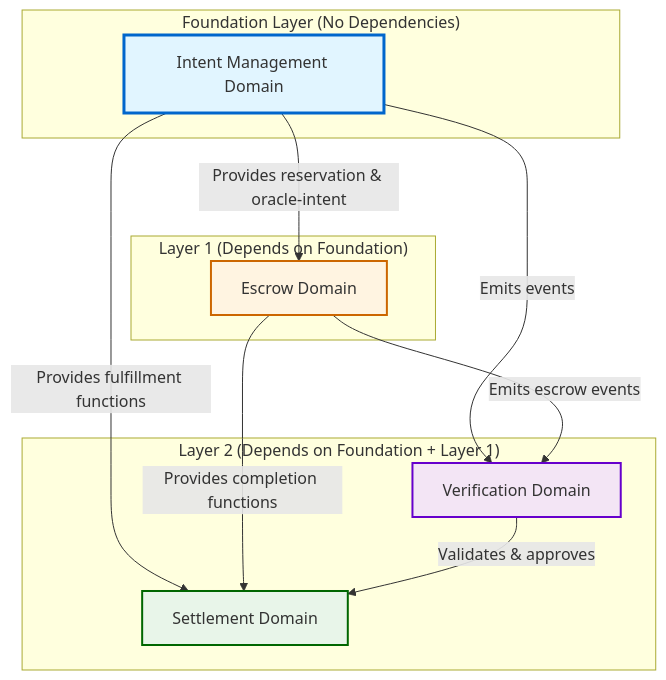
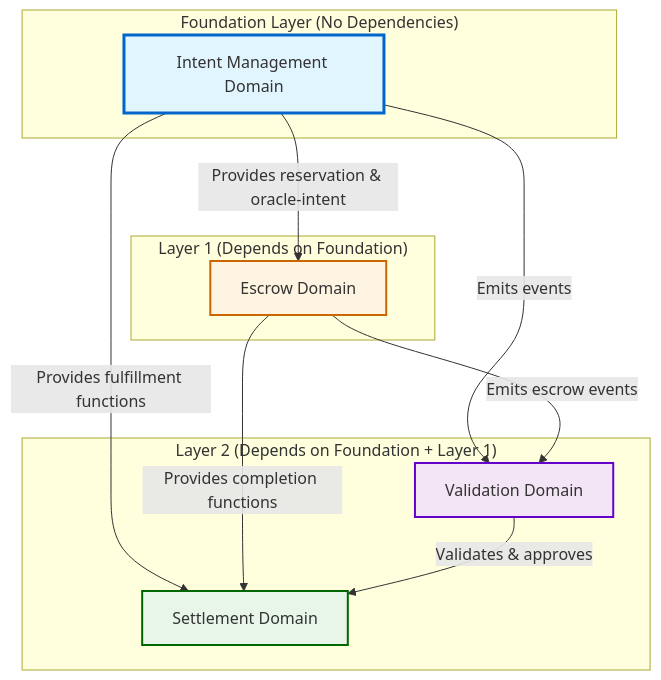
The second of 2 diagrams in docs/architecture/rpg-methodology.md (apenzk/int3nts), drawn with Mermaid before and after one commit. The commit also changed other lines of this file and 15 other files, not shown here.

````diff
--- a/docs/architecture/rpg-methodology.md
+++ b/docs/architecture/rpg-methodology.md
@@ -62,27 +62,27 @@
 ```mermaid
 graph TB
     subgraph Foundation["Foundation Layer (No Dependencies)"]
         IM[Intent Management Domain]
     end
 
     subgraph Layer1["Layer 1 (Depends on Foundation)"]
         EM[Escrow Domain]
     end
 
     subgraph Layer2["Layer 2 (Depends on Foundation + Layer 1)"]
         SM[Settlement Domain]
-        VM[Verification Domain]
+        VM[Validation Domain]
     end
 
     IM -->|Provides reservation & oracle-intent| EM
     IM -->|Provides fulfillment functions| SM
     IM -->|Emits events| VM
     EM -->|Provides completion functions| SM
     EM -->|Emits escrow events| VM
     VM -->|Validates & approves| SM
 
     style IM fill:#e1f5ff,stroke:#0066cc,stroke-width:3px
     style EM fill:#fff4e1,stroke:#cc6600,stroke-width:2px
     style SM fill:#e8f5e9,stroke:#006600,stroke-width:2px
     style VM fill:#f3e5f5,stroke:#6600cc,stroke-width:2px
 ```
````
